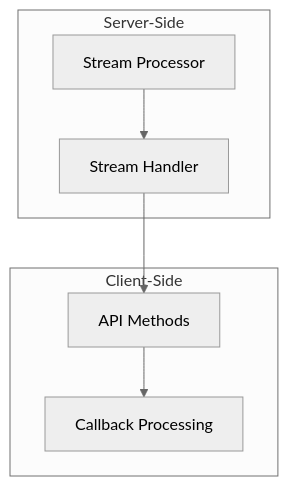
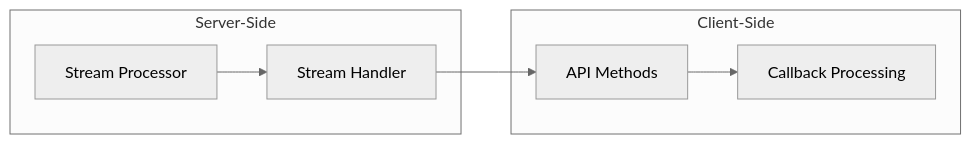
The second of 3 diagrams in memory-bank/systemPatterns.md (kinectron/kinectron), drawn with Mermaid (neutral theme) before and after one commit. The commit also changed other lines of this file and 14 other files, not shown here.

````diff
--- a/memory-bank/systemPatterns.md
+++ b/memory-bank/systemPatterns.md
@@ -91,18 +53,14 @@
 ```mermaid
-flowchart TD
+flowchart LR
     subgraph "Server-Side"
         SP[Stream Processor]
         SH[Stream Handler]
-
-        SP --> SH
     end
 
     subgraph "Client-Side"
         API[API Methods]
         CB[Callback Processing]
-
-        API --> CB
     end
 
-    SH --> API
+    SP --> SH --> API --> CB
 ```
````
